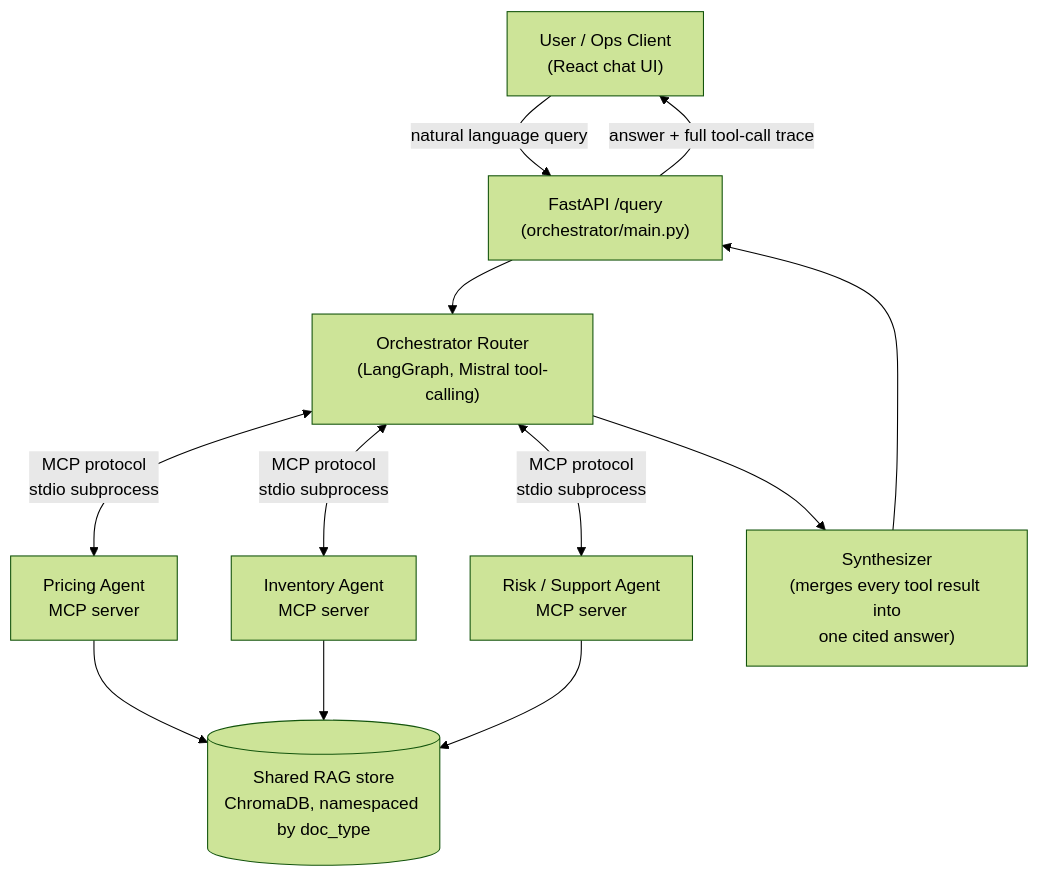
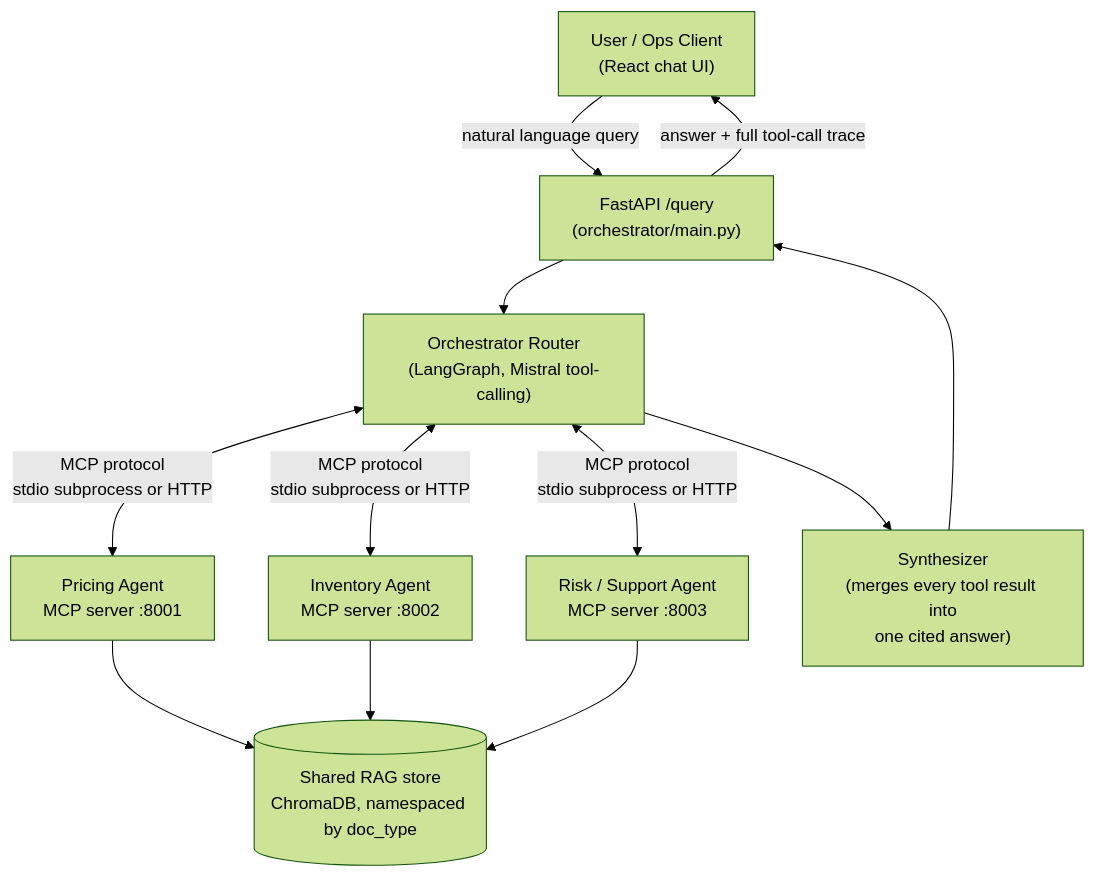
The diagram in README.md (RohitRathod0/mcp-multi-agent-marketplace), drawn with Mermaid (forest theme) before and after one commit. The commit also changed other lines of this file and 17 other files, not shown here.

````diff
--- a/README.md
+++ b/README.md
@@ -13,17 +13,17 @@
 ```mermaid
 flowchart TB
     User["User / Ops Client<br/>(React chat UI)"] -->|natural language query| API["FastAPI /query<br/>(orchestrator/main.py)"]
     API --> Router["Orchestrator Router<br/>(LangGraph, Mistral tool-calling)"]
 
-    Router <-->|MCP protocol<br/>stdio subprocess| Pricing["Pricing Agent<br/>MCP server"]
-    Router <-->|MCP protocol<br/>stdio subprocess| Inventory["Inventory Agent<br/>MCP server"]
-    Router <-->|MCP protocol<br/>stdio subprocess| Risk["Risk / Support Agent<br/>MCP server"]
+    Router <-->|MCP protocol<br/>stdio subprocess or HTTP| Pricing["Pricing Agent<br/>MCP server :8001"]
+    Router <-->|MCP protocol<br/>stdio subprocess or HTTP| Inventory["Inventory Agent<br/>MCP server :8002"]
+    Router <-->|MCP protocol<br/>stdio subprocess or HTTP| Risk["Risk / Support Agent<br/>MCP server :8003"]
 
     Pricing --> RAG[("Shared RAG store<br/>ChromaDB, namespaced by doc_type")]
     Inventory --> RAG
     Risk --> RAG
 
     Router --> Synth["Synthesizer<br/>(merges every tool result into<br/>one cited answer)"]
     Synth --> API
     API -->|answer + full tool-call trace| User
 ```
````
